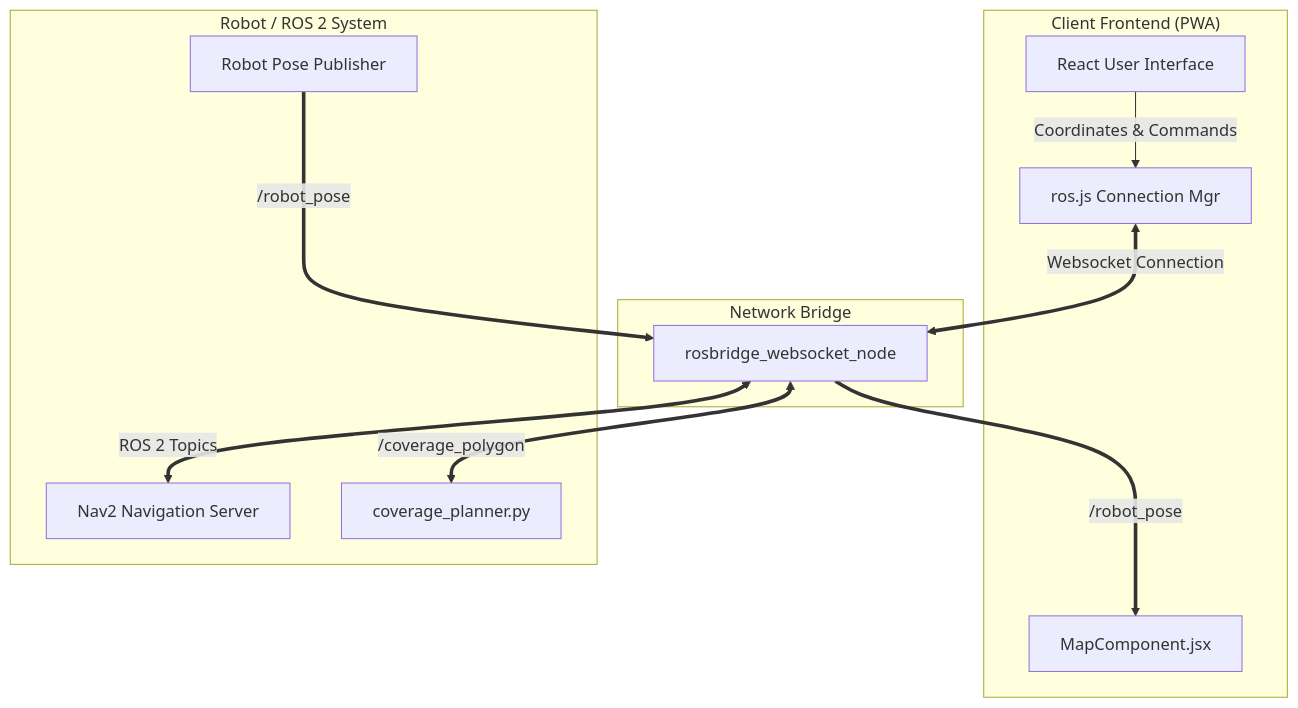
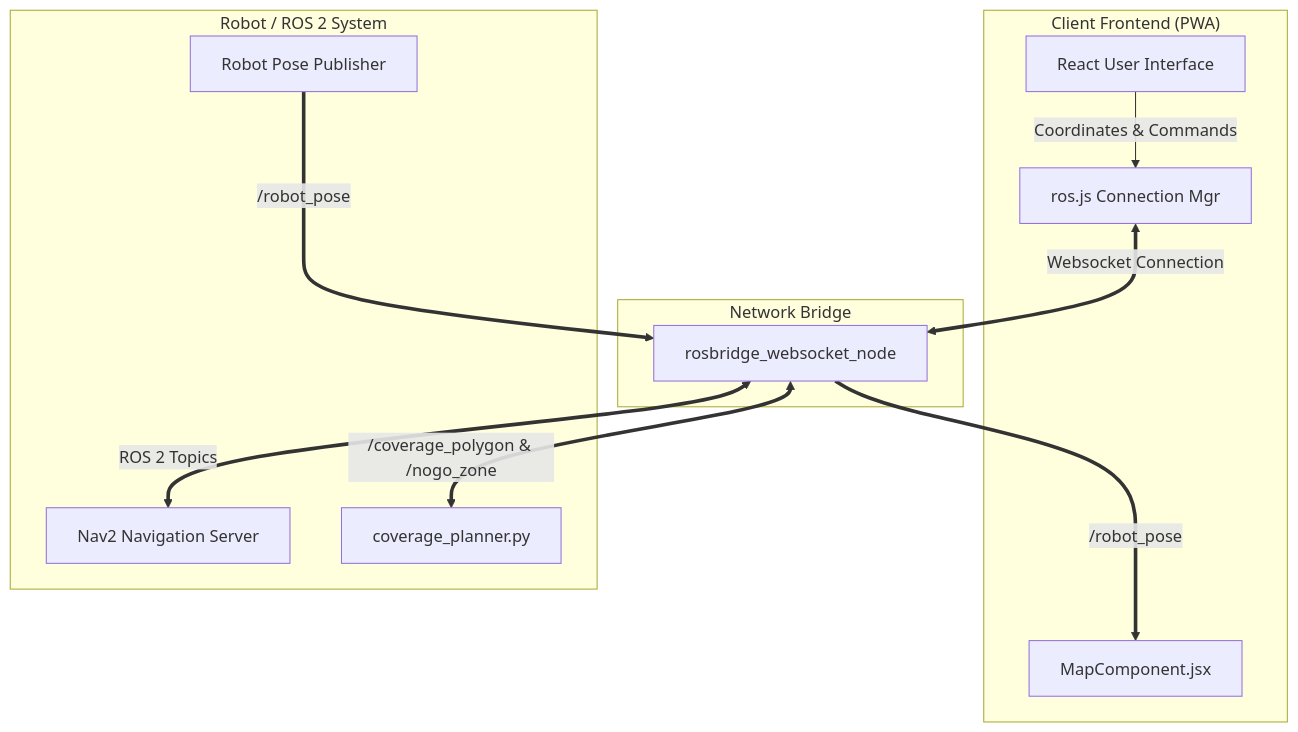
The diagram in amr_mobile_app/README.md (mkaoud22/AMR_Project), drawn with Mermaid before and after one commit. The commit also changed other lines of this file, not shown here.

````diff
--- a/amr_mobile_app/README.md
+++ b/amr_mobile_app/README.md
@@ -38,25 +39,25 @@
 ```mermaid
 graph TD
     subgraph "Client Frontend (PWA)"
         UI[React User Interface]
         ROS_JS[ros.js Connection Mgr]
         MAP_COMP[MapComponent.jsx]
     end
 
     subgraph "Network Bridge"
         WS[rosbridge_websocket_node]
     end
 
     subgraph "Robot / ROS 2 System"
         NAV[Nav2 Navigation Server]
         PLANNER[coverage_planner.py]
         POSE_PUB[Robot Pose Publisher]
     end
 
     UI -->|Coordinates & Commands| ROS_JS
     ROS_JS <==>|Websocket Connection| WS
     WS <==>|ROS 2 Topics| NAV
-    WS <==>|/coverage_polygon| PLANNER
+    WS <==>|/coverage_polygon & /nogo_zone| PLANNER
     POSE_PUB ===>|/robot_pose| WS
     WS ===>|/robot_pose| MAP_COMP
 ```
````
